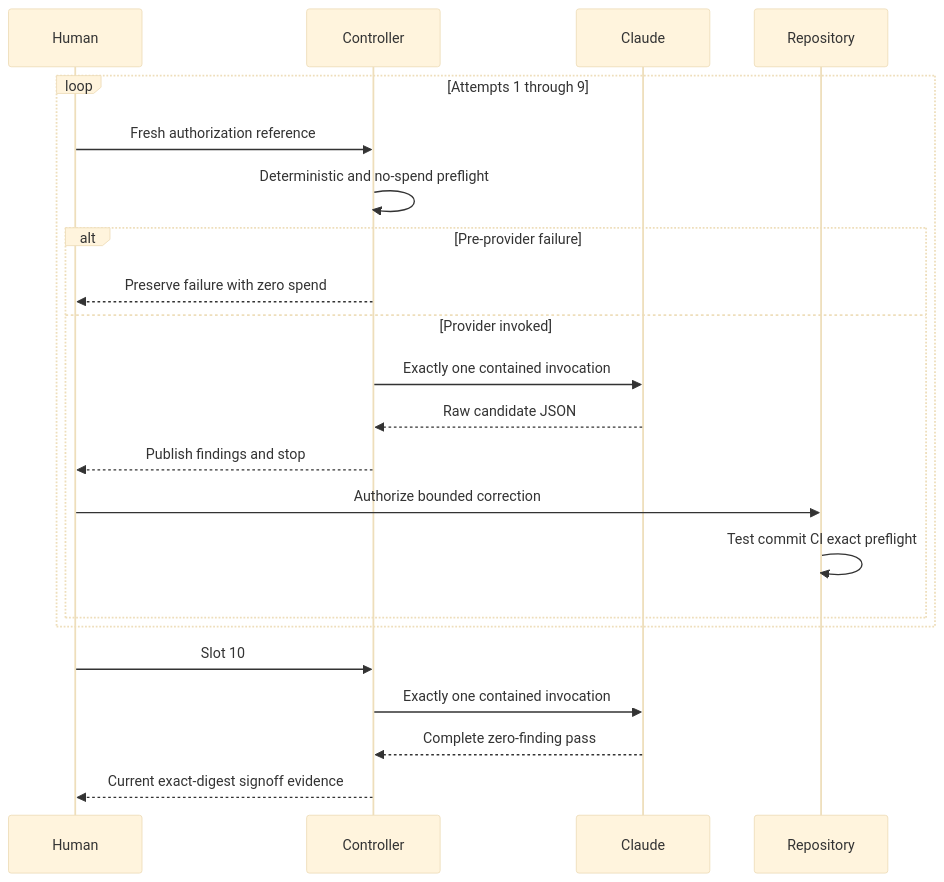
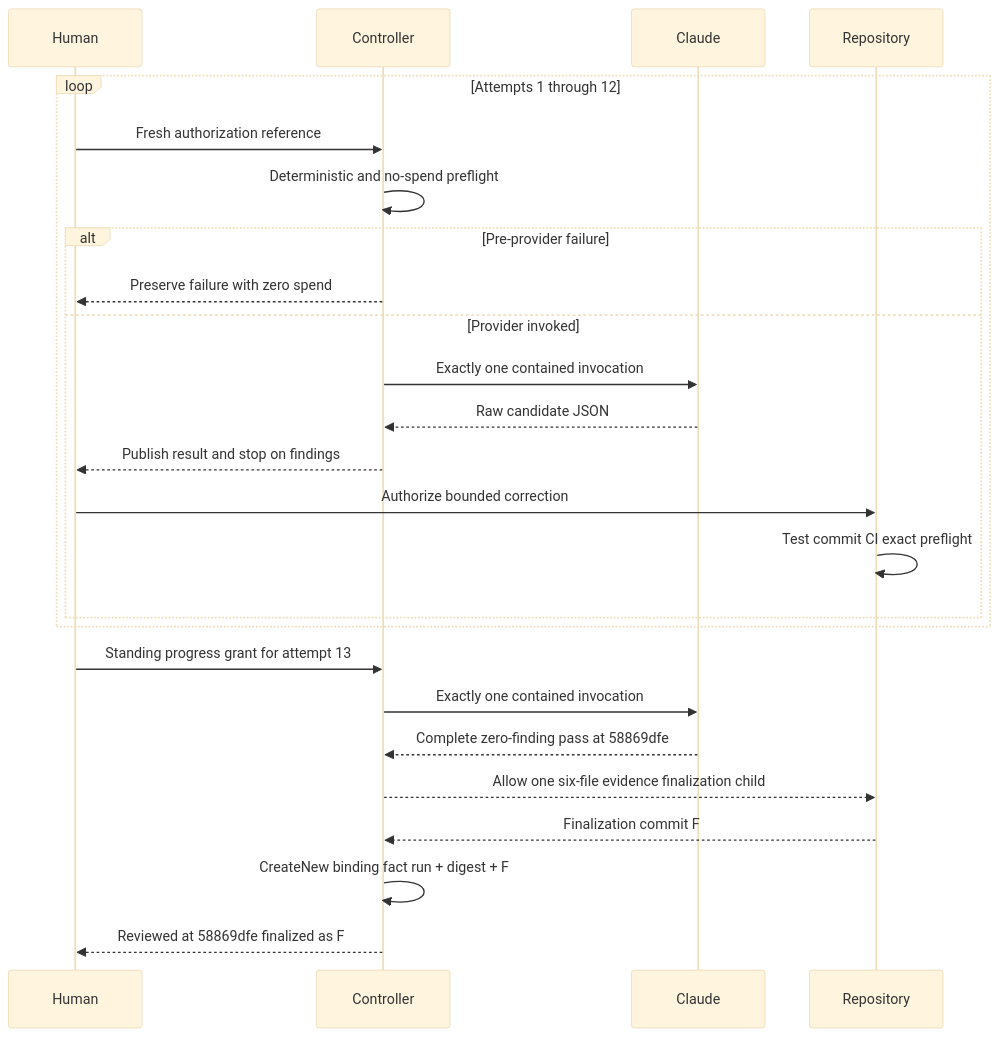
One commit to alonf/specrew changed the second of 4 diagrams in specs/198-beta2-hardening/iterations/007/review-diagrams.md. Above: the diagram before and after it, drawn with Mermaid (base theme). The commit also changed other lines of this file and 5 other files, not shown here.

````diff
--- a/specs/198-beta2-hardening/iterations/007/review-diagrams.md
+++ b/specs/198-beta2-hardening/iterations/007/review-diagrams.md
@@ -26,24 +26,27 @@
 ```mermaid
 sequenceDiagram
   participant H as Human
   participant C as Controller
   participant A as Claude
   participant R as Repository
-  loop Attempts 1 through 9
+  loop Attempts 1 through 12
     H->>C: Fresh authorization reference
     C->>C: Deterministic and no-spend preflight
     alt Pre-provider failure
       C-->>H: Preserve failure with zero spend
     else Provider invoked
       C->>A: Exactly one contained invocation
       A-->>C: Raw candidate JSON
-      C-->>H: Publish findings and stop
+      C-->>H: Publish result and stop on findings
       H->>R: Authorize bounded correction
       R->>R: Test commit CI exact preflight
     end
   end
-  H->>C: Slot 10
+  H->>C: Standing progress grant for attempt 13
   C->>A: Exactly one contained invocation
-  A-->>C: Complete zero-finding pass
-  C-->>H: Current exact-digest signoff evidence
+  A-->>C: Complete zero-finding pass at 58869dfe
+  C-->>R: Allow one six-file evidence finalization child
+  R-->>C: Finalization commit F
+  C->>C: CreateNew binding fact run + digest + F
+  C-->>H: Reviewed at 58869dfe finalized as F
 ```
````
